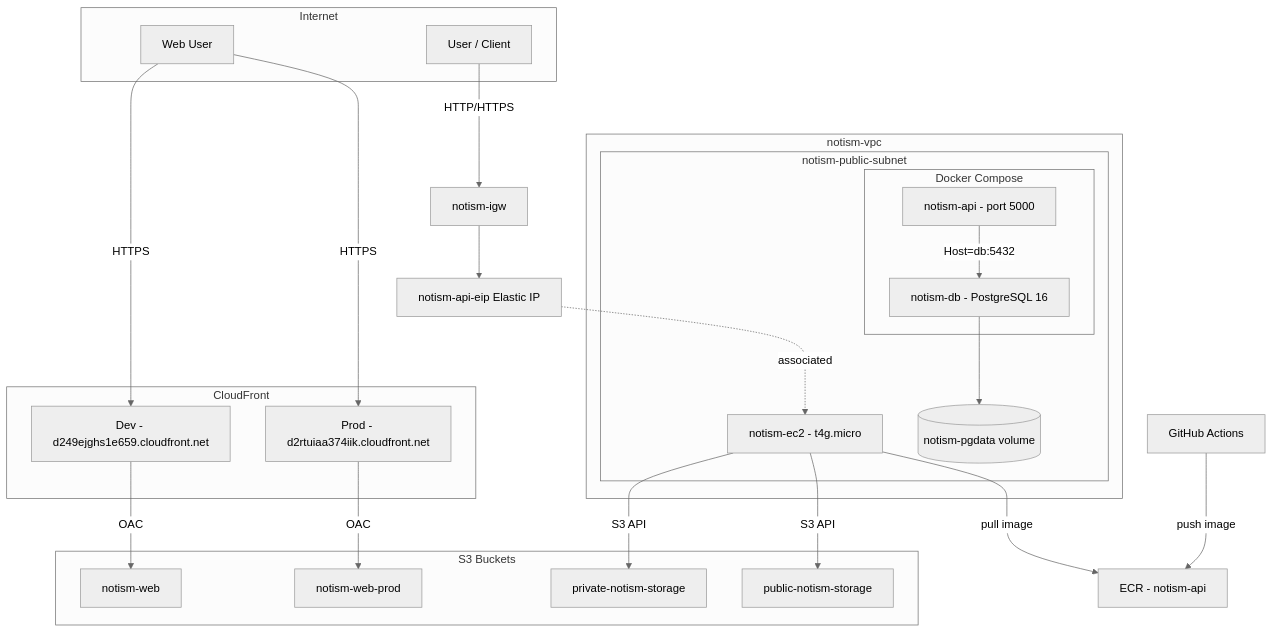
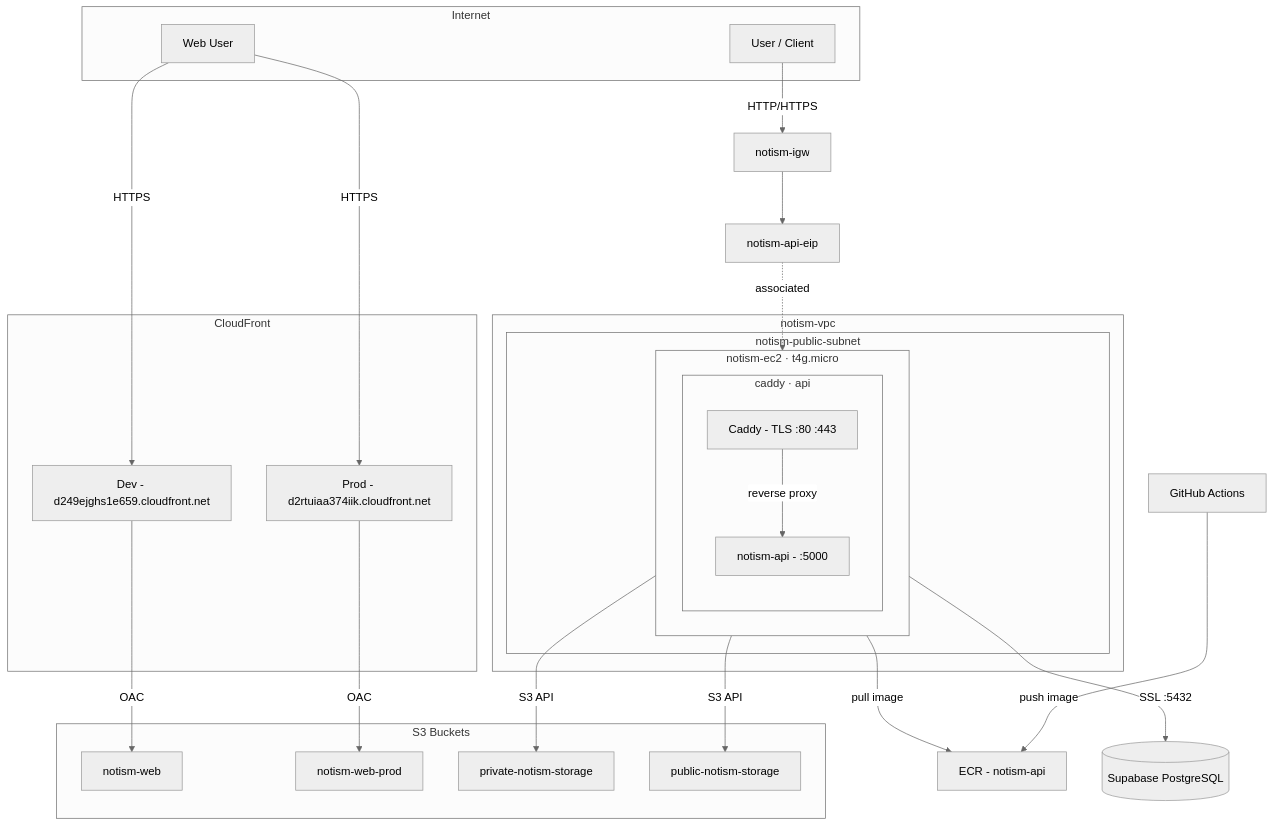
The first of 2 diagrams in docs/infra/aws-architecture.md (simpscal/notism-api), drawn with Mermaid (neutral theme) before and after one commit. The commit also changed other lines of this file and 11 other files, not shown here.

First line of the commit message:
refactor(#47): migrate database from EC2 Docker to Supabase (#25)

````diff
--- a/docs/infra/aws-architecture.md
+++ b/docs/infra/aws-architecture.md
@@ -9,49 +9,50 @@
 ```mermaid
 flowchart TB
   subgraph internet [Internet]
     User[User / Client]
     WebUser[Web User]
   end
 
   IGW[notism-igw]
+  EIP[notism-api-eip]
   ECR[ECR - notism-api]
-
-  EIP[notism-api-eip Elastic IP]
+  Supabase[(Supabase PostgreSQL)]
 
   subgraph cdn [CloudFront]
     CFDev[Dev - d249ejghs1e659.cloudfront.net]
     CFProd[Prod - d2rtuiaa374iik.cloudfront.net]
   end
 
   subgraph s3 [S3 Buckets]
     S3Web[notism-web]
     S3WebProd[notism-web-prod]
     S3Private[private-notism-storage]
     S3Public[public-notism-storage]
   end
 
   subgraph vpc [notism-vpc]
     subgraph publicSubnet [notism-public-subnet]
-      EC2[notism-ec2 - t4g.micro]
-      subgraph compose [Docker Compose]
-        API[notism-api - port 5000]
-        PG[notism-db - PostgreSQL 16]
-        API -->|"Host=db:5432"| PG
+      subgraph EC2 [notism-ec2 · t4g.micro]
+        subgraph containers [caddy · api]
+          Caddy[Caddy - TLS :80 :443]
+          API[notism-api - :5000]
+          Caddy -->|reverse proxy| API
+        end
       end
-      PG --> Vol[(notism-pgdata volume)]
     end
   end
 
   WebUser -->|HTTPS| CFDev
   WebUser -->|HTTPS| CFProd
   CFDev -->|OAC| S3Web
   CFProd -->|OAC| S3WebProd
 
   User -->|HTTP/HTTPS| IGW
   IGW --> EIP
   EIP -.->|associated| EC2
   EC2 -->|S3 API| S3Private
   EC2 -->|S3 API| S3Public
   EC2 -->|pull image| ECR
+  EC2 -->|"SSL :5432"| Supabase
   CI[GitHub Actions] -->|push image| ECR
 ```
````
